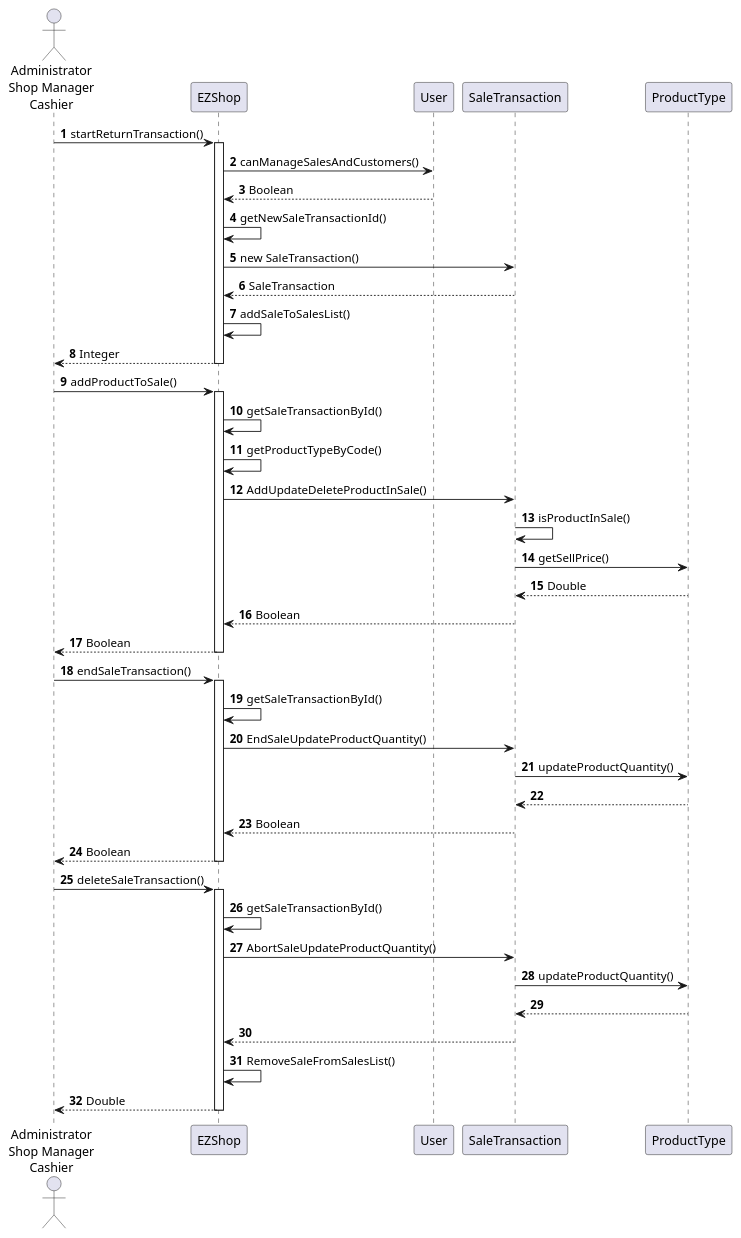
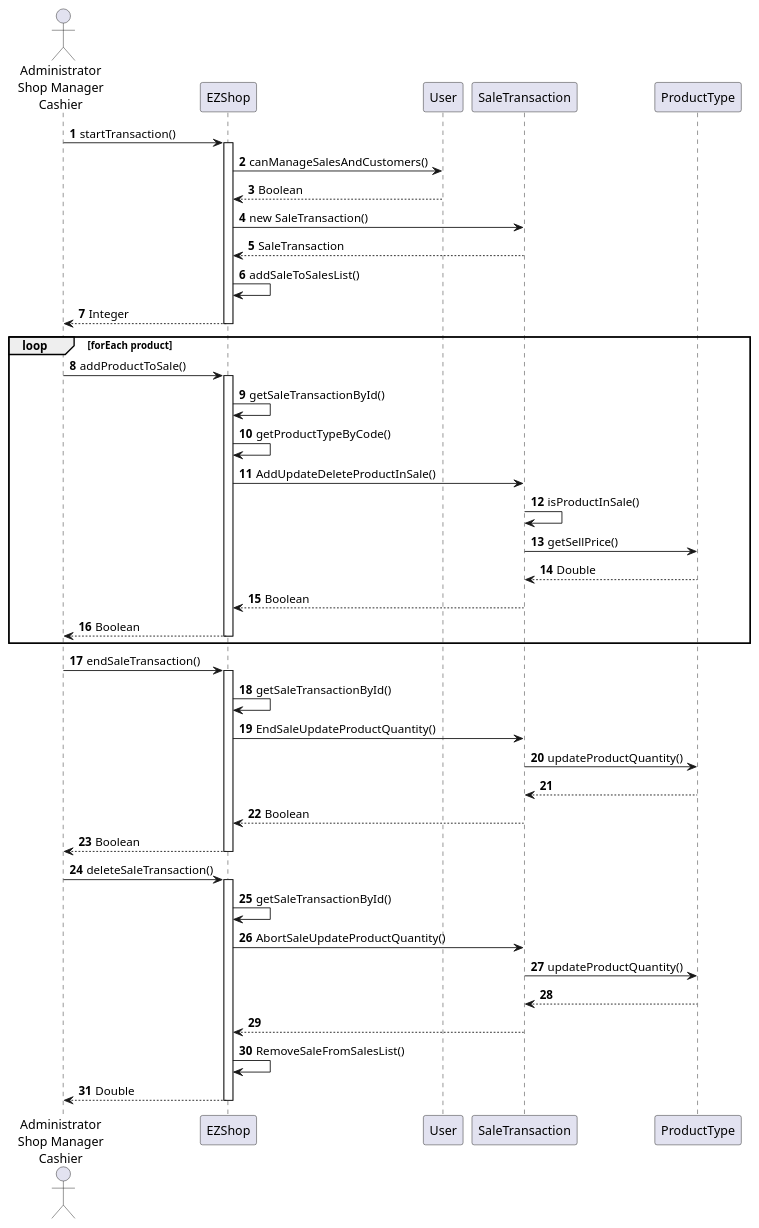
Diagram 17 of 21 in Deliverables/DesignDocument.md (gioele-scaletta/EZShop-Software-Engineering-Project), drawn with PlantUML before and after one commit. The commit also changed other lines of this file, not shown here.

````diff
--- a/Deliverables/DesignDocument.md
+++ b/Deliverables/DesignDocument.md
@@ -585,56 +611,57 @@
 ```plantuml
 actor "Administrator\nShop Manager\nCashier" as user
 
 autonumber
 
-user -> EZShop : startReturnTransaction()
+user -> EZShop : startTransaction()
 activate  EZShop
 EZShop -> User : canManageSalesAndCustomers()
 EZShop <-- User : Boolean
-EZShop -> EZShop : getNewSaleTransactionId()
 EZShop -> SaleTransaction : new SaleTransaction()
 EZShop <-- SaleTransaction : SaleTransaction
 EZShop -> EZShop : addSaleToSalesList()
 user <-- EZShop : Integer
 deactivate EZShop
 
-user -> EZShop : addProductToSale()
-activate  EZShop
-'EZShop -> User : canManageSalesAndCustomers()
-'EZShop <-- User : Boolean
-EZShop -> EZShop : getSaleTransactionById()
-EZShop-> EZShop : getProductTypeByCode()
-EZShop -> SaleTransaction : AddUpdateDeleteProductInSale()
-SaleTransaction -> SaleTransaction : isProductInSale()
-SaleTransaction -> ProductType : getSellPrice()
-SaleTransaction <-- ProductType : Double
-EZShop <-- SaleTransaction : Boolean
-user <-- EZShop : Boolean
-deactivate EZShop
+loop forEach product
+    user -> EZShop : addProductToSale()
+    activate  EZShop
+    'EZShop -> User : canManageSalesAndCustomers()
+    'EZShop <-- User : Boolean
+    EZShop -> EZShop : getSaleTransactionById()
+    EZShop-> EZShop : getProductTypeByCode()
+    EZShop -> SaleTransaction : AddUpdateDeleteProductInSale()
+    SaleTransaction -> SaleTransaction : isProductInSale()
+    SaleTransaction -> ProductType : getSellPrice()
+    SaleTransaction <-- ProductType : Double
+    EZShop <-- SaleTransaction : Boolean
+    user <-- EZShop : Boolean
+    deactivate EZShop
+end
 
 user -> EZShop : endSaleTransaction()
 activate  EZShop
 'EZShop -> User : canManageSalesAndCustomers()
 'EZShop <-- User : Boolean
 EZShop -> EZShop : getSaleTransactionById()
 EZShop -> SaleTransaction : EndSaleUpdateProductQuantity()
 SaleTransaction -> ProductType : updateProductQuantity()
 SaleTransaction <-- ProductType 
 EZShop <-- SaleTransaction : Boolean
 user <-- EZShop : Boolean
 deactivate EZShop
 
 user -> EZShop : deleteSaleTransaction()
 activate  EZShop
 'EZShop -> User : canManageSalesAndCustomers()
 'EZShop <-- User : Boolean
 EZShop -> EZShop : getSaleTransactionById()
 EZShop -> SaleTransaction : AbortSaleUpdateProductQuantity()
 SaleTransaction -> ProductType : updateProductQuantity()
 SaleTransaction <-- ProductType 
 EZShop <-- SaleTransaction 
 EZShop->EZShop : RemoveSaleFromSalesList()
 user <-- EZShop : Double
 deactivate EZShop
 
 ```
````
